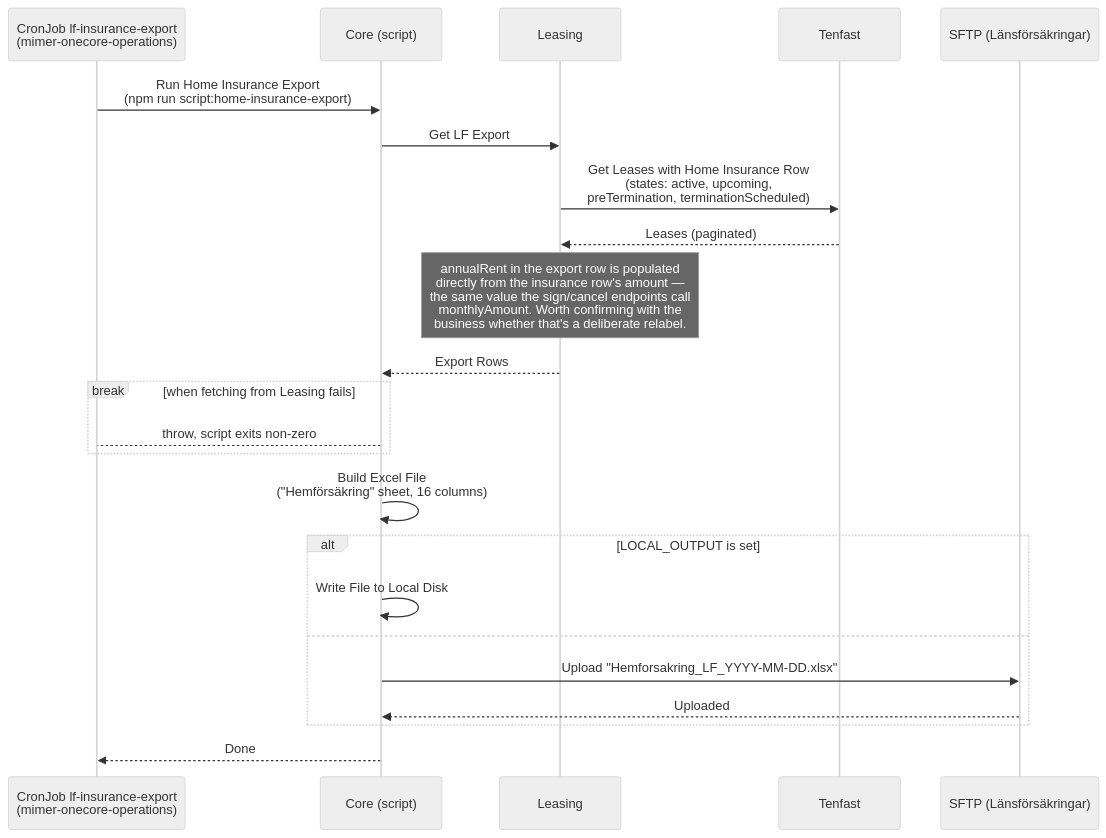
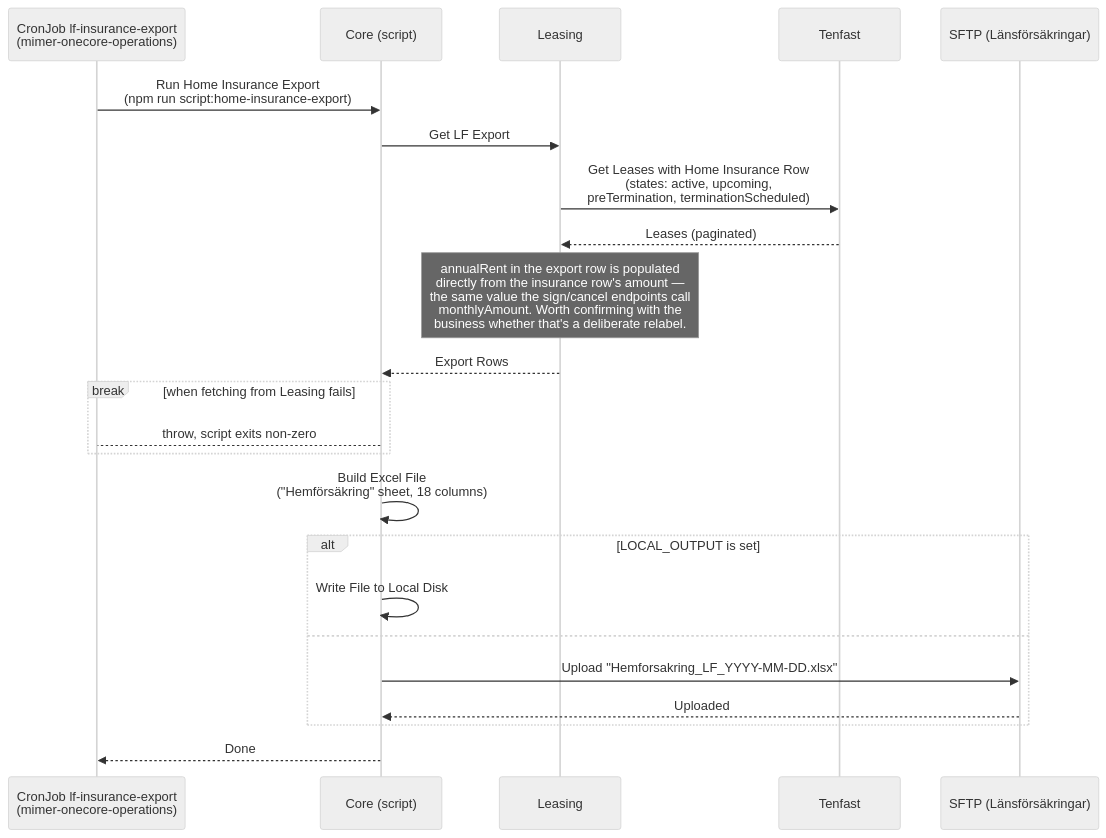
One commit to Bostads-AB-Mimer/onecore changed the second of 2 diagrams in core/src/processes/homeinsurance/DOCS_Export_Home_Insurance_to_Lansforsakringar.md. Above: the diagram before and after it, drawn with Mermaid (neutral theme). The commit also changed 5 other files, not shown here.

````diff
--- a/core/src/processes/homeinsurance/DOCS_Export_Home_Insurance_to_Lansforsakringar.md
+++ b/core/src/processes/homeinsurance/DOCS_Export_Home_Insurance_to_Lansforsakringar.md
@@ -29,32 +29,32 @@
 ```mermaid
 sequenceDiagram
     participant CronJob as CronJob lf-insurance-export<br/>(mimer-onecore-operations)
     participant Core as Core (script)
     participant Leasing as Leasing
     participant Tenfast as Tenfast
     participant SFTP as SFTP (Länsförsäkringar)
 
     CronJob ->> Core: Run Home Insurance Export<br/>(npm run script:home-insurance-export)
 
     Core ->> Leasing: Get LF Export
     Leasing ->> Tenfast: Get Leases with Home Insurance Row<br/>(states: active, upcoming,<br/>preTermination, terminationScheduled)
     Tenfast -->> Leasing: Leases (paginated)
     note over Leasing: annualRent in the export row is populated<br/>directly from the insurance row's amount —<br/>the same value the sign/cancel endpoints call<br/>monthlyAmount. Worth confirming with the<br/>business whether that's a deliberate relabel.
     Leasing -->> Core: Export Rows
 
     break when fetching from Leasing fails
         Core-->CronJob: throw, script exits non-zero
     end
 
-    Core ->> Core: Build Excel File<br/>("Hemförsäkring" sheet, 16 columns)
+    Core ->> Core: Build Excel File<br/>("Hemförsäkring" sheet, 18 columns)
 
     alt LOCAL_OUTPUT is set
         Core ->> Core: Write File to Local Disk
     else
         Core ->> SFTP: Upload "Hemforsakring_LF_YYYY-MM-DD.xlsx"
         SFTP -->> Core: Uploaded
     end
 
     Core -->> CronJob: Done
 
 ```
````
